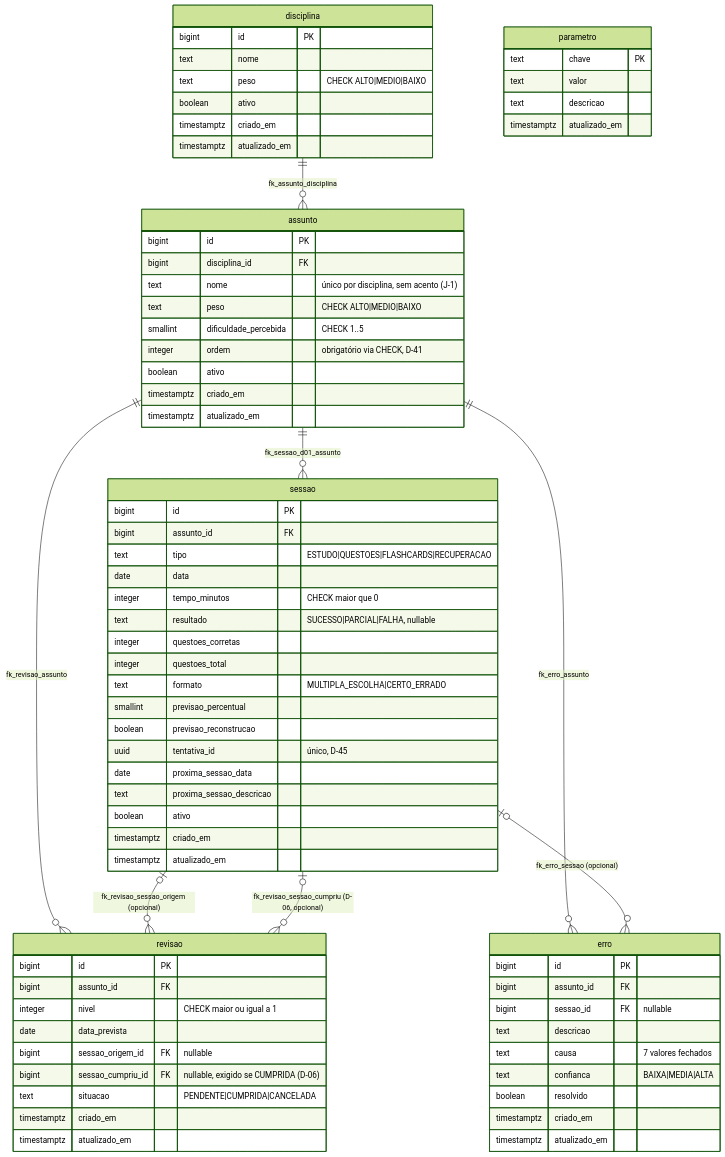
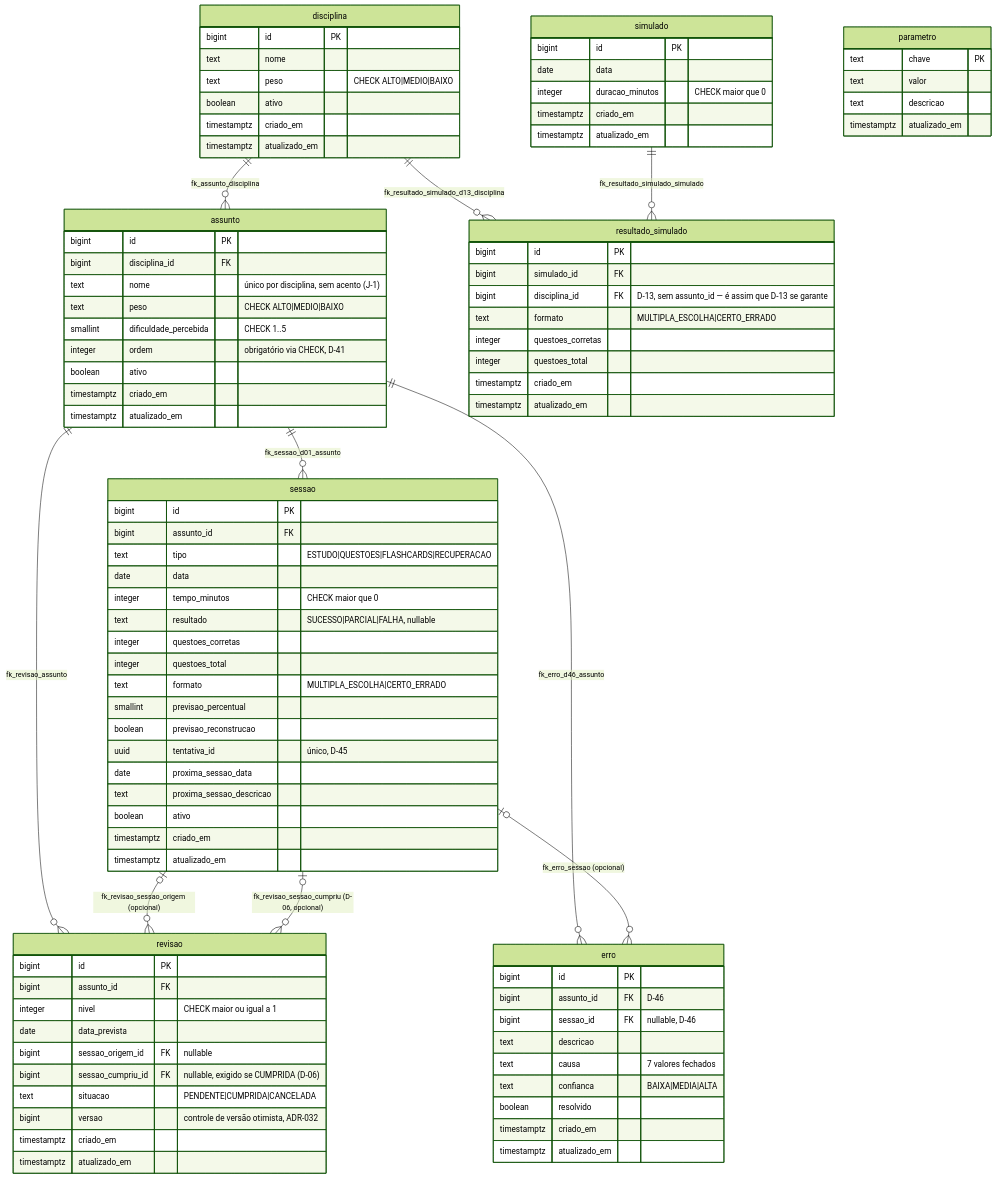
Before and after one commit to Allandpn/SGE-Concursos: the diagram in docs/DIAGRAMA-ER.md, drawn with Mermaid (forest theme). The commit also changed other lines of this file, not shown here.

Commit message:
docs: atualiza DIAGRAMA-ER.md com simulado/resultado_simulado, versao e D-46/D-13 (v2.0.0)

````diff
--- a/docs/DIAGRAMA-ER.md
+++ b/docs/DIAGRAMA-ER.md
@@ -21,12 +23,14 @@
 ```mermaid
 erDiagram
     disciplina ||--o{ assunto : "fk_assunto_disciplina"
+    disciplina ||--o{ resultado_simulado : "fk_resultado_simulado_d13_disciplina"
     assunto ||--o{ sessao : "fk_sessao_d01_assunto"
     assunto ||--o{ revisao : "fk_revisao_assunto"
-    assunto ||--o{ erro : "fk_erro_assunto"
+    assunto ||--o{ erro : "fk_erro_d46_assunto"
     sessao |o--o{ revisao : "fk_revisao_sessao_origem (opcional)"
     sessao |o--o{ revisao : "fk_revisao_sessao_cumpriu (D-06, opcional)"
     sessao |o--o{ erro : "fk_erro_sessao (opcional)"
+    simulado ||--o{ resultado_simulado : "fk_resultado_simulado_simulado"
 
     disciplina {
         bigint id PK
@@ -77,14 +81,15 @@
         bigint sessao_origem_id FK "nullable"
         bigint sessao_cumpriu_id FK "nullable, exigido se CUMPRIDA (D-06)"
         text situacao "PENDENTE|CUMPRIDA|CANCELADA"
+        bigint versao "controle de versão otimista, ADR-032"
         timestamptz criado_em
         timestamptz atualizado_em
     }
 
     erro {
         bigint id PK
-        bigint assunto_id FK
-        bigint sessao_id FK "nullable"
+        bigint assunto_id FK "D-46"
+        bigint sessao_id FK "nullable, D-46"
         text descricao
         text causa "7 valores fechados"
         text confianca "BAIXA|MEDIA|ALTA"
@@ -99,4 +104,23 @@
         text descricao
         timestamptz atualizado_em
     }
+
+    simulado {
+        bigint id PK
+        date data
+        integer duracao_minutos "CHECK maior que 0"
+        timestamptz criado_em
+        timestamptz atualizado_em
+    }
+
+    resultado_simulado {
+        bigint id PK
+        bigint simulado_id FK
+        bigint disciplina_id FK "D-13, sem assunto_id — é assim que D-13 se garante"
+        text formato "MULTIPLA_ESCOLHA|CERTO_ERRADO"
+        integer questoes_corretas
+        integer questoes_total
+        timestamptz criado_em
+        timestamptz atualizado_em
+    }
 ```
````
